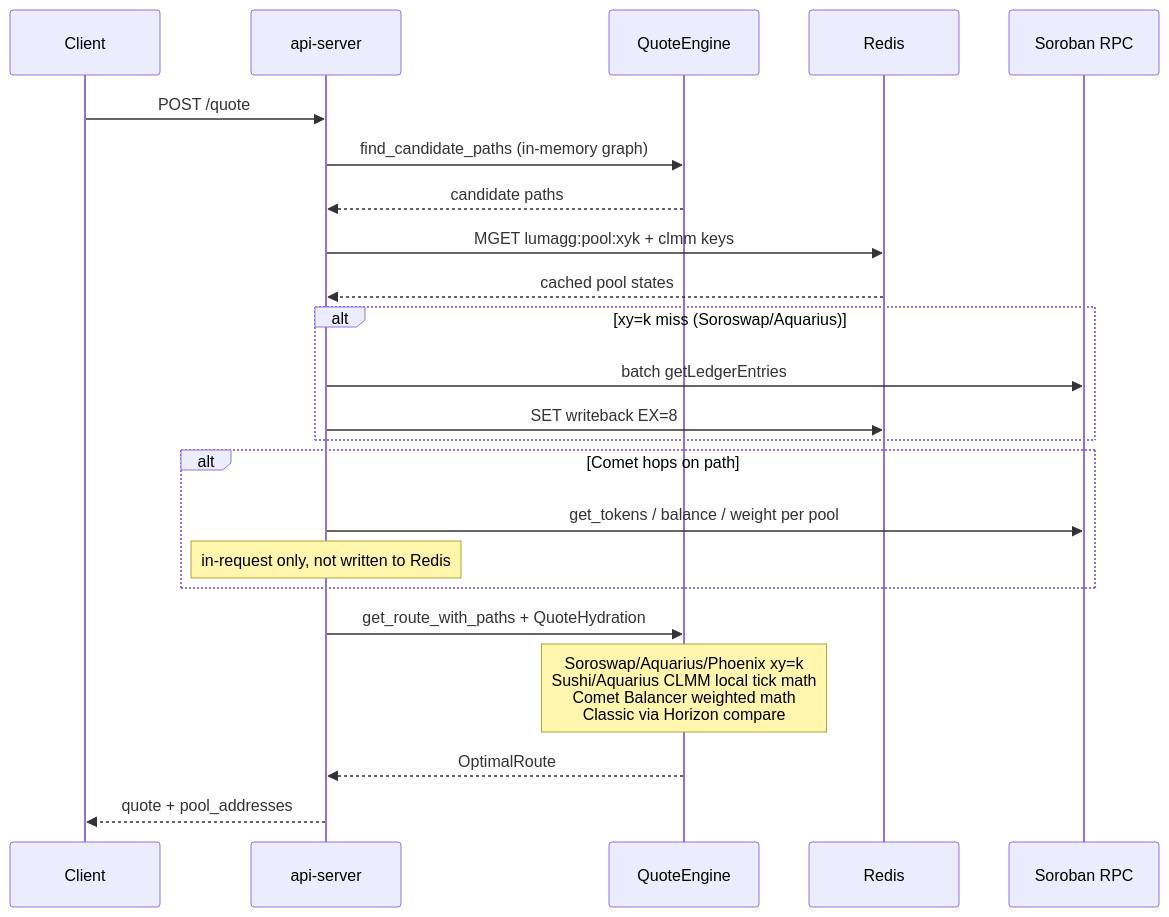
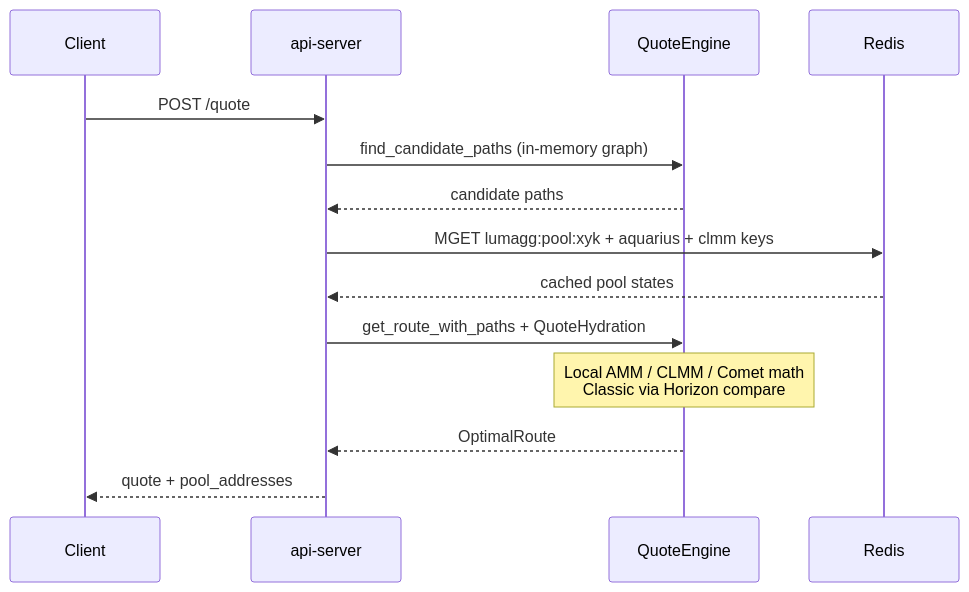
Before and after one commit to Lum-Agg/stellar-dex-agg: the second of 2 diagrams in README.md, drawn with Mermaid. The commit also changed other lines of this file and 10 other files, not shown here.

````diff
--- a/README.md
+++ b/README.md
@@ -119,26 +122,17 @@
 ```mermaid
 sequenceDiagram
   participant C as Client
   participant API as api-server
   participant RE as QuoteEngine
   participant R as Redis
-  participant RPC as Soroban RPC
 
   C->>API: POST /quote
   API->>RE: find_candidate_paths (in-memory graph)
   RE-->>API: candidate paths
-  API->>R: MGET lumagg:pool:xyk + clmm keys
+  API->>R: MGET lumagg:pool:xyk + aquarius + clmm keys
   R-->>API: cached pool states
-  alt xy=k miss (Soroswap/Aquarius)
-    API->>RPC: batch getLedgerEntries
-    API->>R: SET writeback EX=8
-  end
-  alt Comet hops on path
-    API->>RPC: get_tokens / balance / weight per pool
-    Note over API: in-request only, not written to Redis
-  end
   API->>RE: get_route_with_paths + QuoteHydration
-  Note over RE: Soroswap/Aquarius/Phoenix xy=k<br/>Sushi/Aquarius CLMM local tick math<br/>Comet Balancer weighted math<br/>Classic via Horizon compare
+  Note over RE: Local AMM / CLMM / Comet math<br/>Classic via Horizon compare
   RE-->>API: OptimalRoute
   API-->>C: quote + pool_addresses
 ```
````
